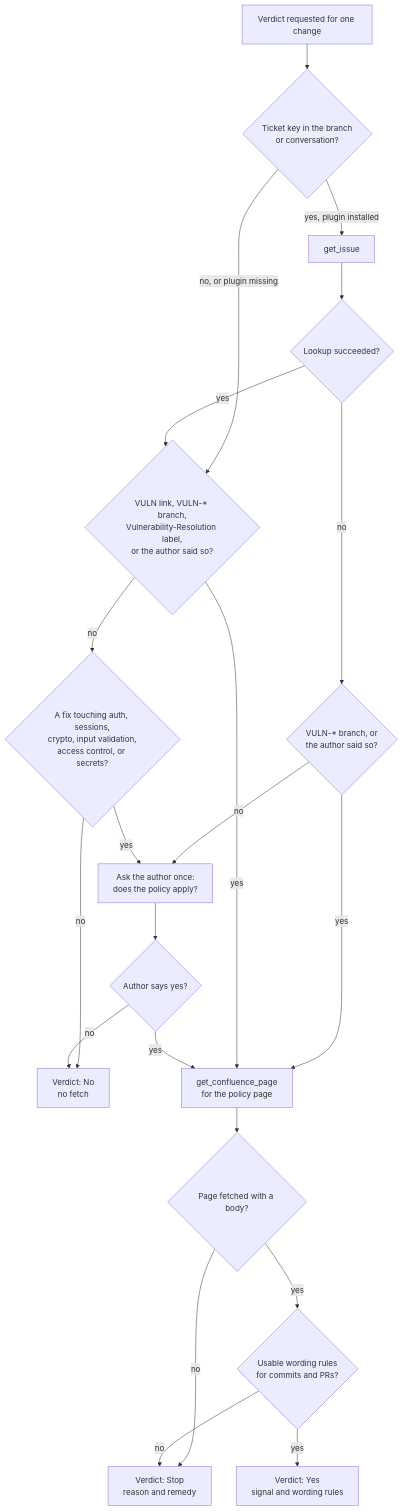
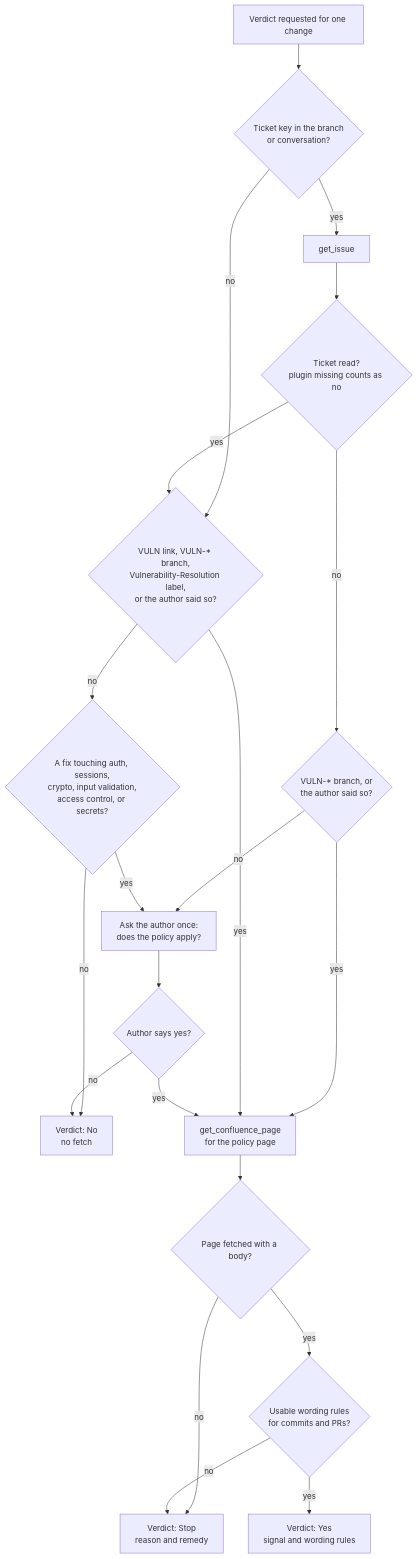
Before and after one commit to bitwarden/ai-plugins: the first of 4 diagrams in plugins/bitwarden-delivery-tools/docs/commit-and-pr-flows.md, drawn with Mermaid. The commit also changed 6 other files, not shown here.

First line of the commit message:
fix(bitwarden-delivery-tools): fail closed when a ticket can't be read

````diff
--- a/plugins/bitwarden-delivery-tools/docs/commit-and-pr-flows.md
+++ b/plugins/bitwarden-delivery-tools/docs/commit-and-pr-flows.md
@@ -11,39 +11,39 @@
 ```mermaid
 graph TD
     start[Verdict requested for one change]
     ticket{Ticket key in the branch<br/>or conversation?}
     lookup[get_issue]
-    lookupOk{Lookup succeeded?}
+    lookupOk{Ticket read?<br/>plugin missing counts as no}
     high{VULN link, VULN-* branch,<br/>Vulnerability-Resolution label,<br/>or the author said so?}
     heuristic{A fix touching auth, sessions,<br/>crypto, input validation,<br/>access control, or secrets?}
     lookupFailed{VULN-* branch, or<br/>the author said so?}
     ask[Ask the author once:<br/>does the policy apply?]
     answer{Author says yes?}
     no[Verdict: No<br/>no fetch]
     fetch[get_confluence_page<br/>for the policy page]
     fetched{Page fetched with a body?}
     usable{Usable wording rules<br/>for commits and PRs?}
     yes[Verdict: Yes<br/>signal and wording rules]
     stop[Verdict: Stop<br/>reason and remedy]
 
     start --> ticket
-    ticket -->|yes, plugin installed| lookup
-    ticket -->|no, or plugin missing| high
+    ticket -->|yes| lookup
+    ticket -->|no| high
     lookup --> lookupOk
     lookupOk -->|yes| high
     lookupOk -->|no| lookupFailed
     lookupFailed -->|yes| fetch
     lookupFailed -->|no| ask
     high -->|yes| fetch
     high -->|no| heuristic
     heuristic -->|yes| ask
     heuristic -->|no| no
     ask --> answer
     answer -->|yes| fetch
     answer -->|no| no
     fetch --> fetched
     fetched -->|no| stop
     fetched -->|yes| usable
     usable -->|no| stop
     usable -->|yes| yes
 ```
````
